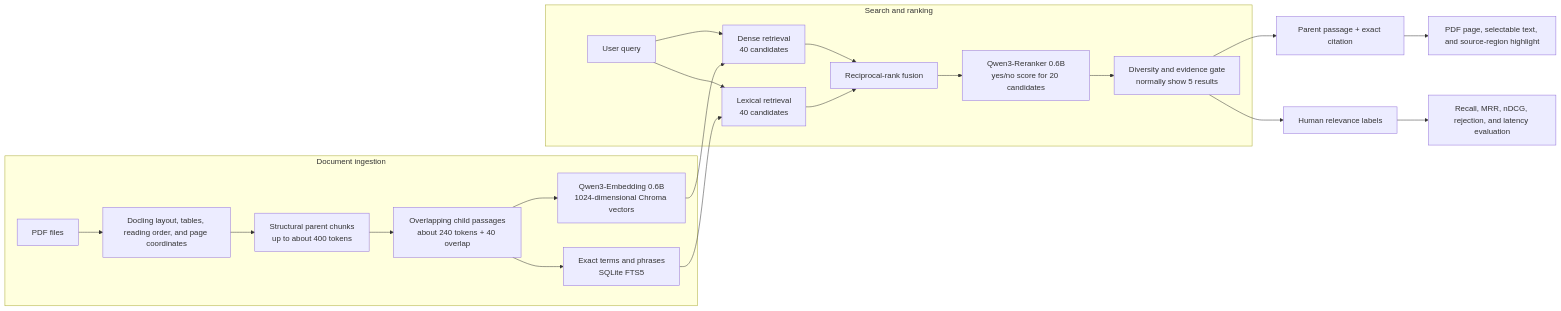
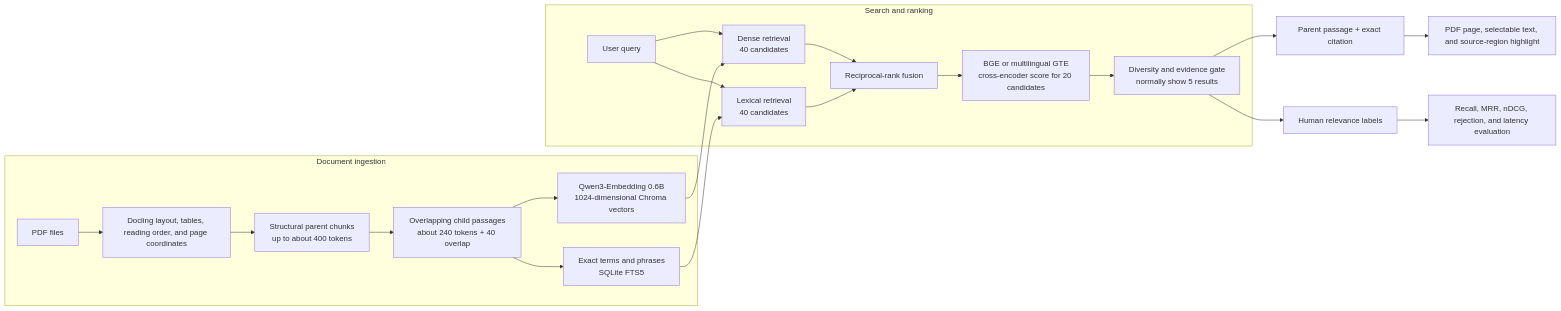
The diagram in README.md (FKENZOLS/reference-desk), drawn with Mermaid before and after one commit. The commit also changed other lines of this file and 42 other files, not shown here.

````diff
--- a/README.md
+++ b/README.md
@@ -233,26 +287,26 @@
 ```mermaid
 flowchart LR
     subgraph INGESTION["Document ingestion"]
         A["PDF files"] --> B["Docling layout, tables, reading order, and page coordinates"]
         B --> C["Structural parent chunks<br/>up to about 400 tokens"]
         C --> D["Overlapping child passages<br/>about 240 tokens + 40 overlap"]
         D --> E["Qwen3-Embedding 0.6B<br/>1024-dimensional Chroma vectors"]
         D --> F["Exact terms and phrases<br/>SQLite FTS5"]
     end
 
     subgraph SEARCH["Search and ranking"]
         Q["User query"] --> G["Dense retrieval<br/>40 candidates"]
         Q --> H["Lexical retrieval<br/>40 candidates"]
         E --> G
         F --> H
         G --> I["Reciprocal-rank fusion"]
         H --> I
-        I --> J["Qwen3-Reranker 0.6B<br/>yes/no score for 20 candidates"]
+        I --> J["BGE or multilingual GTE<br/>cross-encoder score for 20 candidates"]
         J --> K["Diversity and evidence gate<br/>normally show 5 results"]
     end
 
     K --> L["Parent passage + exact citation"]
     L --> M["PDF page, selectable text, and source-region highlight"]
     K --> N["Human relevance labels"]
     N --> O["Recall, MRR, nDCG, rejection, and latency evaluation"]
 ```
````
